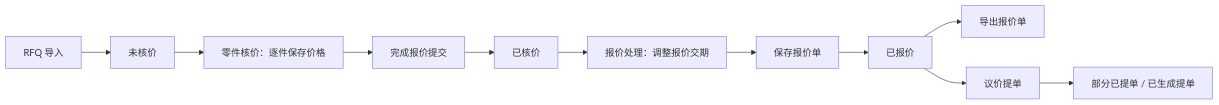
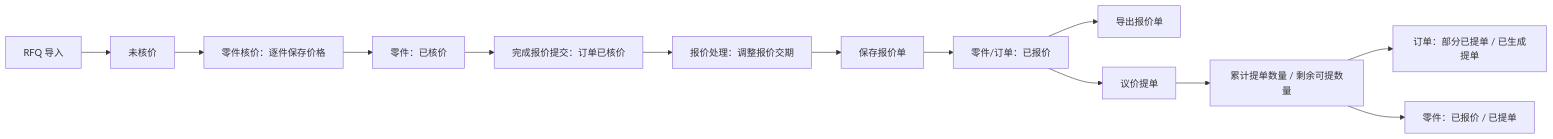
Before and after one commit to gaowanli-jpg/QPO-Operations-Management-System: the diagram in docs/QPO报价状态流转/01-报价状态流转优化开发文档.md, drawn with Mermaid. The commit also changed other lines of this file and 8 other files, not shown here.

````diff
--- a/docs/QPO报价状态流转/01-报价状态流转优化开发文档.md
+++ b/docs/QPO报价状态流转/01-报价状态流转优化开发文档.md
@@ -59,13 +68,15 @@
 ```mermaid
 flowchart LR
     A["RFQ 导入"] --> B["未核价"]
     B --> C["零件核价：逐件保存价格"]
-    C --> D["完成报价提交"]
-    D --> E["已核价"]
+    C --> D["零件：已核价"]
+    D --> E["完成报价提交：订单已核价"]
     E --> F["报价处理：调整报价交期"]
     F --> G["保存报价单"]
-    G --> H["已报价"]
+    G --> H["零件/订单：已报价"]
     H --> I["导出报价单"]
     H --> J["议价提单"]
-    J --> K["部分已提单 / 已生成提单"]
+    J --> K["累计提单数量 / 剩余可提数量"]
+    K --> L["订单：部分已提单 / 已生成提单"]
+    K --> M["零件：已报价 / 已提单"]
 ```
````
